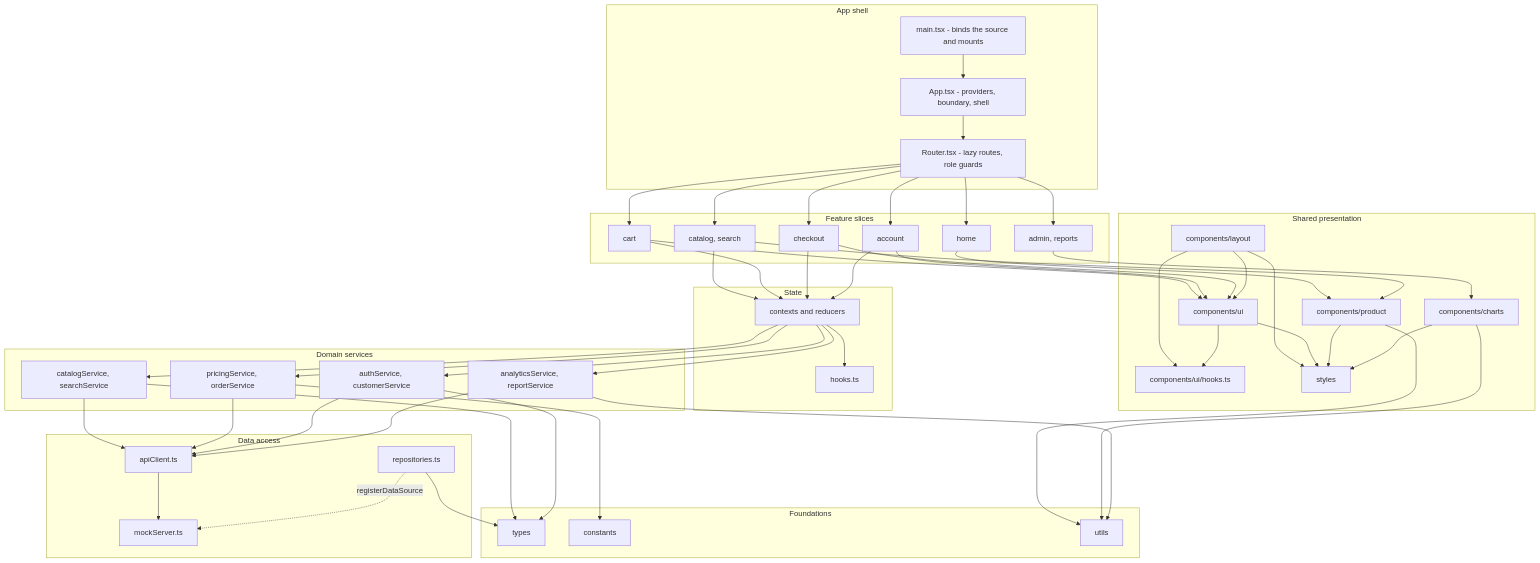
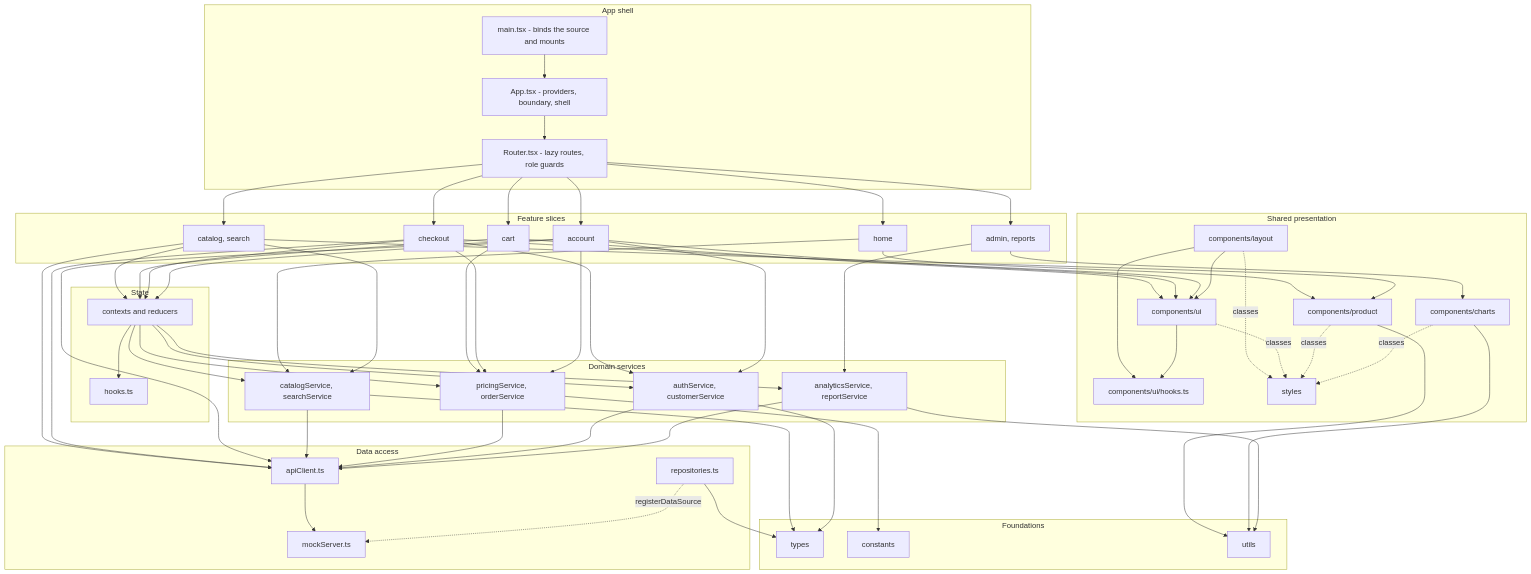
One commit to blitzy-build-in-public/17th-oct-project2-1c41818f changed the first of 3 diagrams in docs/architecture.md. Above: the diagram before and after it, drawn with Mermaid. The commit also changed other lines of this file and 36 other files, not shown here.

```diff
--- a/docs/architecture.md
+++ b/docs/architecture.md
@@ -120,6 +151,17 @@
     BuySlice --> ProviderSet
     CheckoutSlice --> ProviderSet
     AccountSlice --> ProviderSet
+    HomeSlice --> CatalogSvc
+    BrowseSlice --> CatalogSvc
+    BuySlice --> CommerceSvc
+    CheckoutSlice --> CommerceSvc
+    CheckoutSlice --> IdentitySvc
+    AccountSlice --> CommerceSvc
+    AccountSlice --> IdentitySvc
+    InsightSlice --> InsightSvc
+    BrowseSlice --> ApiClient
+    CheckoutSlice --> ApiClient
+    AccountSlice --> ApiClient
     ProviderSet --> SharedHooks
     ProviderSet --> CatalogSvc
     ProviderSet --> CommerceSvc
@@ -128,11 +170,11 @@
     LayoutComp --> UiPrimitives
     LayoutComp --> UiHooks
     UiPrimitives --> UiHooks
-    LayoutComp --> TokensCss
-    UiPrimitives --> TokensCss
-    ProductComp --> TokensCss
+    LayoutComp -.->|classes| TokensCss
+    UiPrimitives -.->|classes| TokensCss
+    ProductComp -.->|classes| TokensCss
     ProductComp --> UtilsMod
-    ChartsComp --> TokensCss
+    ChartsComp -.->|classes| TokensCss
     ChartsComp --> UtilsMod
     CatalogSvc --> ApiClient
     CommerceSvc --> ApiClient
```
